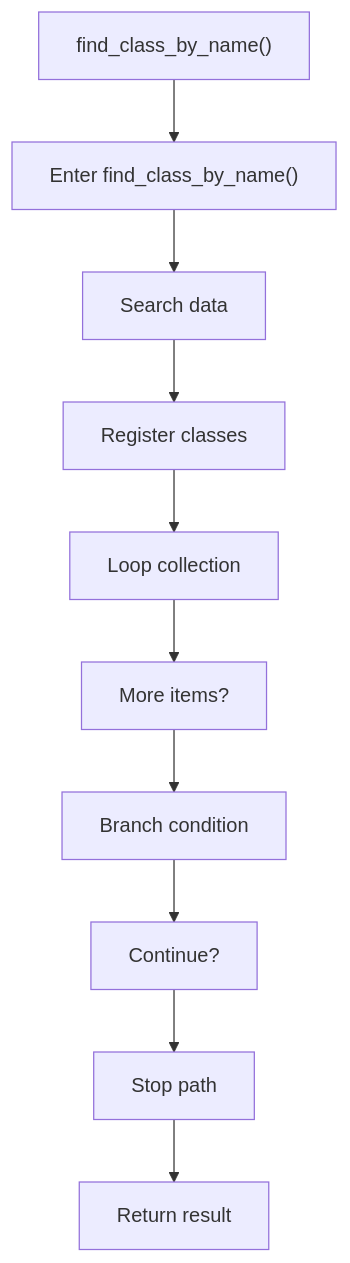
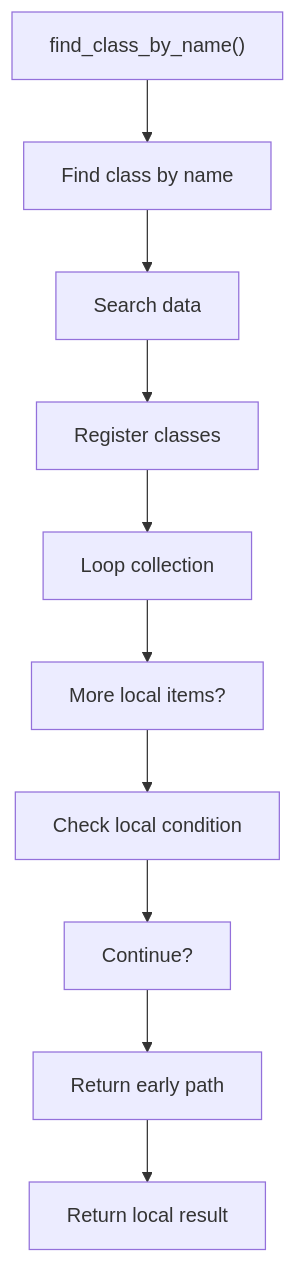
The first of 2 diagrams in docs/Codebase/Microservice/Modules/Source/Analysis/ImplementationUse/Resolution/Symbols/Query/Flow/functions/find_class_by_name.cpp.md (JohnAndrewBalbarosa/NeoTerritory), drawn with Mermaid before and after one commit. The commit also changed other lines of this file and 925 other files, not shown here.

````diff
--- a/docs/Codebase/Microservice/Modules/Source/Analysis/ImplementationUse/Resolution/Symbols/Query/Flow/functions/find_class_by_name.cpp.md
+++ b/docs/Codebase/Microservice/Modules/Source/Analysis/ImplementationUse/Resolution/Symbols/Query/Flow/functions/find_class_by_name.cpp.md
@@ -26,22 +26,22 @@
 ```mermaid
 flowchart TD
     N0["find_class_by_name()"]
-    N1["Enter find_class_by_name()"]
+    N1["Find class by name"]
     N2["Search data"]
     N3["Register classes"]
     N4["Loop collection"]
-    N5["More items?"]
-    N6["Branch condition"]
+    N5["More local items?"]
+    N6["Check local condition"]
     N7["Continue?"]
-    N8["Stop path"]
-    N9["Return result"]
+    N8["Return early path"]
+    N9["Return local result"]
     N0 --> N1
     N1 --> N2
     N2 --> N3
     N3 --> N4
     N4 --> N5
     N5 --> N6
     N6 --> N7
     N7 --> N8
     N8 --> N9
 ```
````
